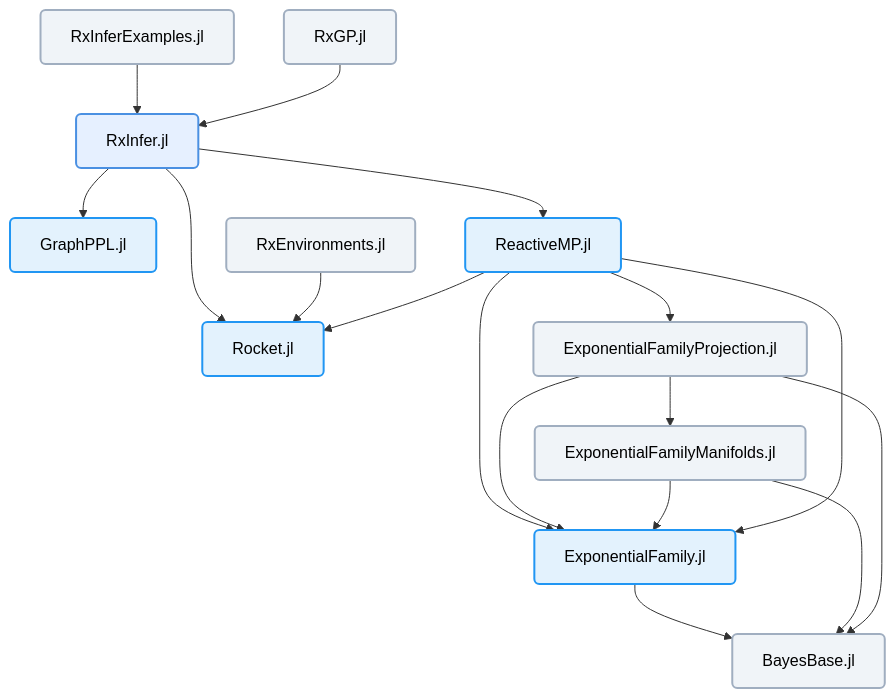
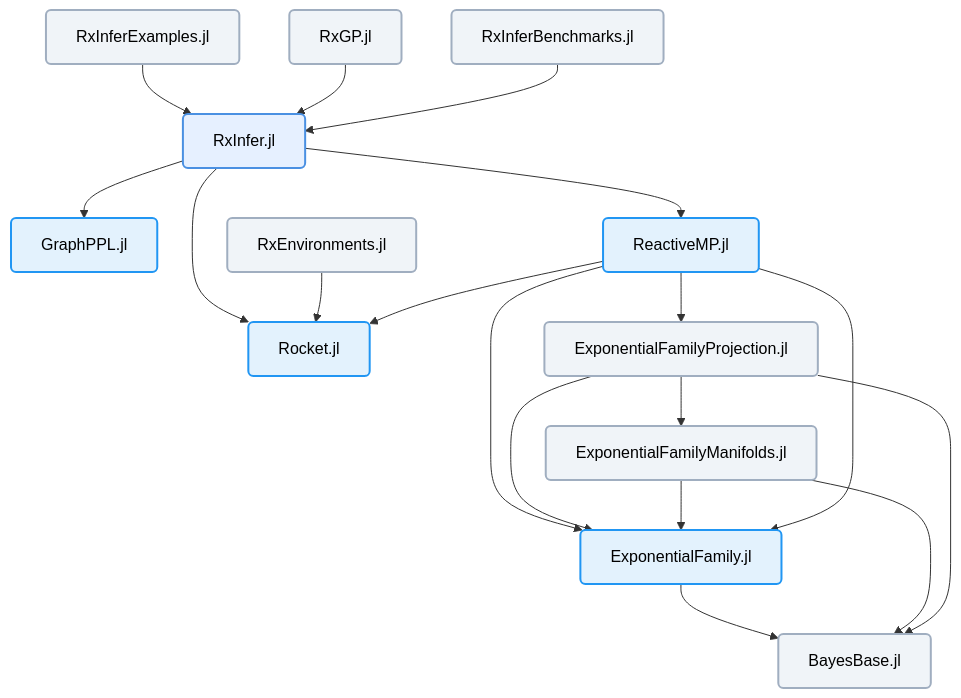
One commit to ReactiveBayes/.github changed the diagram in profile/README.md. Above: the diagram before and after it, drawn with Mermaid. The commit also changed other lines of this file, not shown here.

Commit message:
Add RxInferBenchmarks.jl to the organization front page

````diff
--- a/profile/README.md
+++ b/profile/README.md
@@ -11,48 +11,50 @@
 ```mermaid 
 graph TD
     %% Node definitions
     RxInfer["RxInfer.jl"]
     RxInferExamples["RxInferExamples.jl"]
     GraphPPL["GraphPPL.jl"]
     ReactiveMP["ReactiveMP.jl"]
     Rocket["Rocket.jl"]
     RxEnvironments["RxEnvironments.jl"]
     ExponentialFamily["ExponentialFamily.jl"]
     ExponentialFamilyProjection["ExponentialFamilyProjection.jl"]
     ExponentialFamilyManifolds["ExponentialFamilyManifolds.jl"]
     BayesBase["BayesBase.jl"]
     RxGP["RxGP.jl"]
+    RxInferBenchmarks["RxInferBenchmarks.jl"]
 
     %% Connections
     RxInfer --> GraphPPL
     RxInfer --> ReactiveMP
     RxInfer --> Rocket
 
     RxEnvironments --> Rocket
 
     RxInferExamples --> RxInfer
     RxGP --> RxInfer
+    RxInferBenchmarks --> RxInfer
     
     ReactiveMP --> ExponentialFamily
     ReactiveMP --> ExponentialFamilyProjection
     ReactiveMP --> Rocket
     
     ExponentialFamilyProjection --> ExponentialFamilyManifolds
     ExponentialFamilyProjection --> ExponentialFamily
     ExponentialFamilyManifolds --> ExponentialFamily
     
     ReactiveMP --> ExponentialFamily
     
     ExponentialFamily --> BayesBase
     ExponentialFamilyManifolds --> BayesBase
     ExponentialFamilyProjection --> BayesBase
 
     %% Node styling
     classDef default fill:#f0f4f8,stroke:#a0aec0,stroke-width:2px,rx:5px,text-decoration:none,color:#000;
     classDef rxi fill:#e6f0ff,stroke:#4a90e2,stroke-width:2px,rx:5px,text-decoration:none,color:#000;
     classDef core fill:#e3f2fd,stroke:#2196f3,stroke-width:2px,rx:5px,text-decoration:none,color:#000;
     
     %% Apply core styling to main packages
     class ReactiveMP,GraphPPL,Rocket,ExponentialFamily core;
     class RxInfer rxi;
 ```
````
